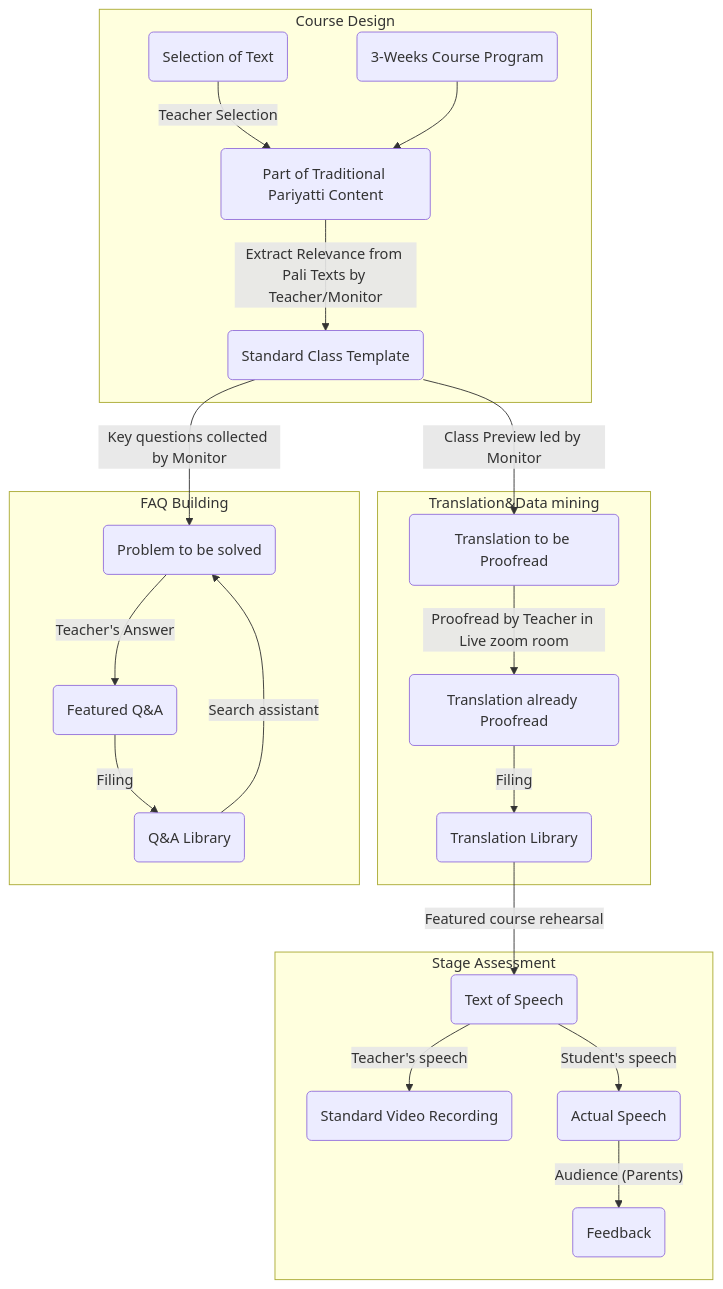
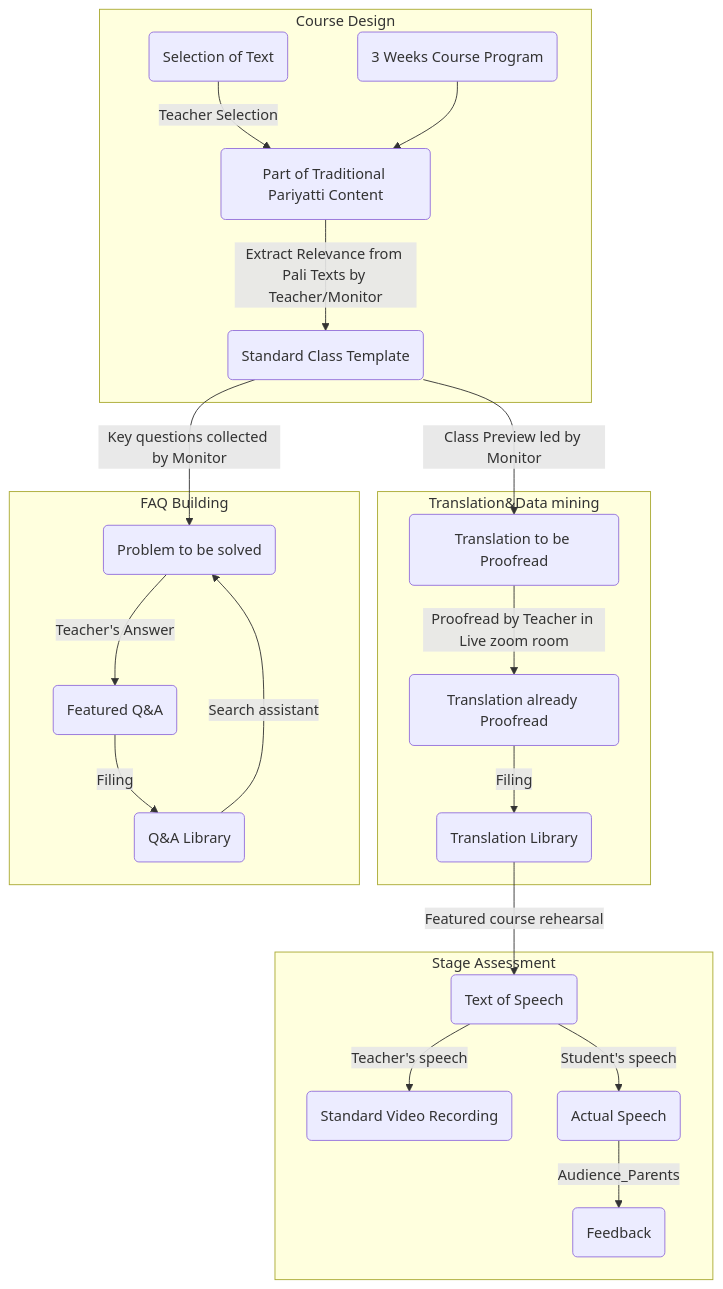
One commit to Bhikkhu-Kosalla/IAPT_Doc changed the diagram in Standard Teaching Process.md. Above: the diagram before and after it, drawn with Mermaid.

Commit message:
授课流程（英）修改

```diff
--- a/Standard Teaching Process.md
+++ b/Standard Teaching Process.md
@@ -3,39 +3,39 @@
 <div class="mermaid">
 graph TD;
 A(Selection of Text);
-B(3-Weeks Course Program);
+B(3 Weeks Course Program);
 C(Part of Traditional Pariyatti Content);
 D(Standard Class Template);
 E(Translation to be Proofread);
 F(Problem to be solved);
 G(Featured Q&A);
 H(Translation already Proofread);
 I(Translation Library);
 J(Q&A Library);
 K(Text of Speech);
 L(Standard Video Recording);
 M(Actual Speech);
 N(Feedback);
 subgraph Course Design
 A--Teacher Selection-->C;
 B-->C;
 C--Extract Relevance from Pali Texts by Teacher/Monitor-->D;
 end;
 subgraph Translation&Data mining
 D--Class Preview led by Monitor-->E;
 E--Proofread by Teacher in Live zoom room-->H;
 H--Filing-->I;
 end
 subgraph FAQ Building
 D--Key questions collected by Monitor-->F;
 F--Teacher's Answer-->G;
 G--Filing-->J;
 J--Search assistant-->F;
 end
 subgraph Stage Assessment
 I--Featured course rehearsal-->K;
 K--Teacher's speech-->L;
 K--Student's speech-->M;
-M--Audience (Parents)-->N;
+M--Audience_Parents-->N;
 end
 </div>
```
